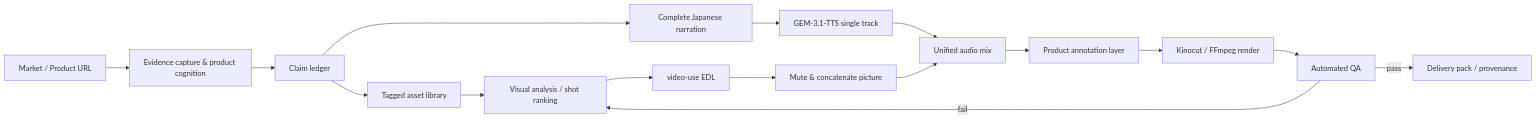
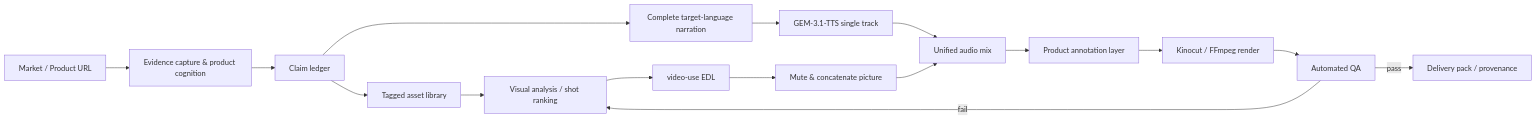
The diagram in README.en.md (peipeijiang/product-ugc-montage), drawn with Mermaid before and after one commit. The commit also changed other lines of this file and 27 other files, not shown here.

````diff
--- a/README.en.md
+++ b/README.en.md
@@ -17,18 +17,18 @@
 ```mermaid
 flowchart LR
     A[Market / Product URL] --> B[Evidence capture & product cognition]
     B --> C[Claim ledger]
     C --> D[Tagged asset library]
     D --> E[Visual analysis / shot ranking]
-    C --> F[Complete Japanese narration]
+    C --> F[Complete target-language narration]
     F --> G[GEM-3.1-TTS single track]
     G --> H[Unified audio mix]
     E --> I[video-use EDL]
     I --> J[Mute & concatenate picture]
     J --> H
     H --> K[Product annotation layer]
     K --> L[Kinocut / FFmpeg render]
     L --> M[Automated QA]
     M -->|fail| E
     M -->|pass| N[Delivery pack / provenance]
 ```
````
